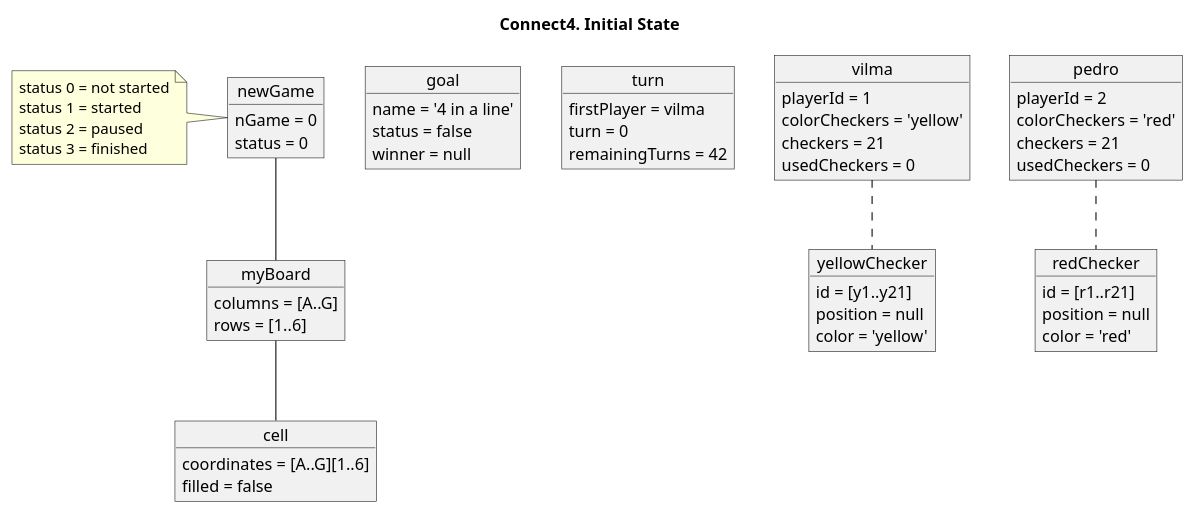
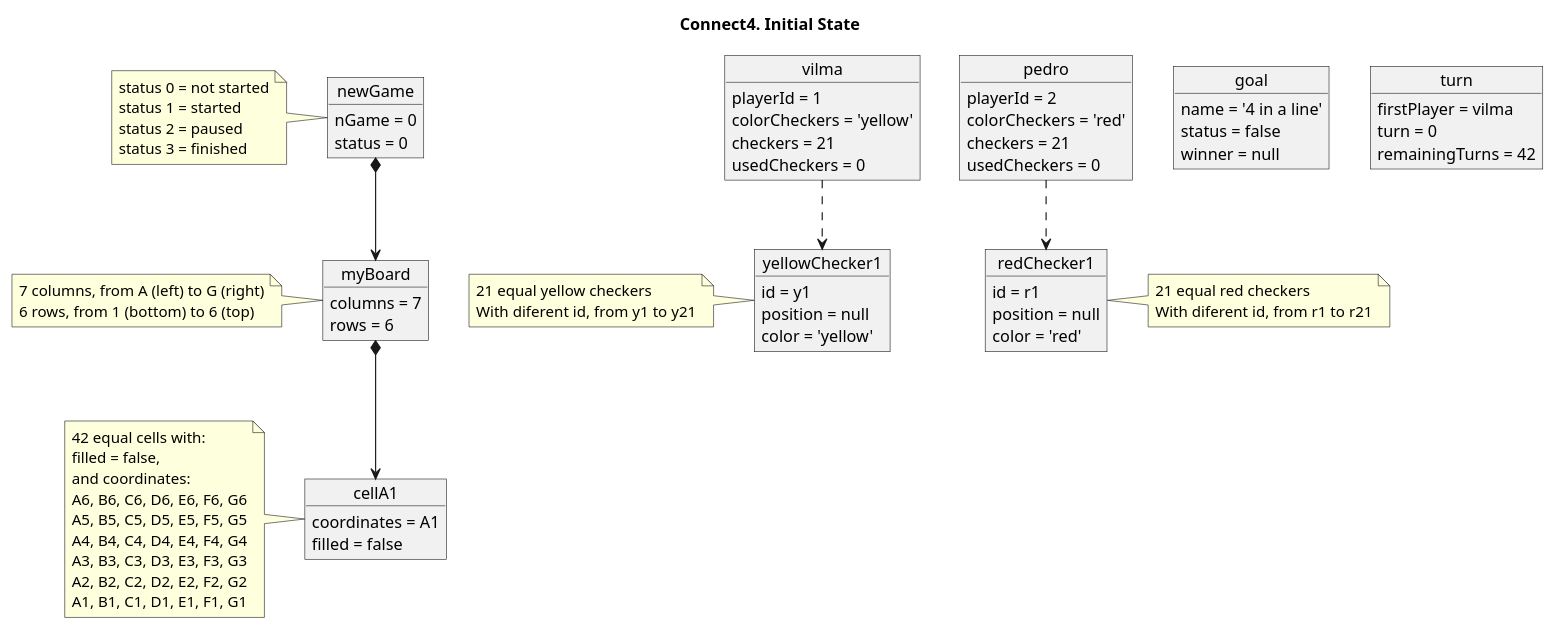
The diagram in tech-plantuml/game-connect4/docs/connect4--initial-state.puml (USantaTecla-ed-mpds/lab-boole), drawn with PlantUML before and after one commit. The commit also changed 1 other file, not shown here.

Commit message:
Update Connect4 UML diagram. Initial and final states

```diff
--- a/tech-plantuml/game-connect4/docs/connect4--initial-state.puml
+++ b/tech-plantuml/game-connect4/docs/connect4--initial-state.puml
@@ -1,84 +1,111 @@
 @startuml connect4--initial-state
 
 
 title Connect4. Initial State
 
 object newGame
 note left of newGame
     status 0 = not started
     status 1 = started
     status 2 = paused
     status 3 = finished
 end note
 
 object goal
 object turn
 object myBoard
-object cell
+object cellA1
 object vilma
 object pedro
-object redChecker
-object yellowChecker
+object redChecker1
+object yellowChecker1
 
 
 object newGame {
     nGame = 0
     status = 0
 }
 
 object goal {
     name = '4 in a line'
     status = false
     winner = null
 }
 
 object turn {
     firstPlayer = vilma
     turn = 0
     remainingTurns = 42
 }
 
 object myBoard {
-    columns = [A..G]
-    rows = [1..6]
+    columns = 7
+    rows = 6
 }
 
-object cell {
-    coordinates = [A..G][1..6]
+note left of myBoard
+    7 columns, from A (left) to G (right)
+    6 rows, from 1 (bottom) to 6 (top)
+end note
+
+object cellA1 {
+    coordinates = A1
     filled = false
 }
+
+note left of cellA1
+    42 equal cells with:
+    filled = false,
+    and coordinates:
+    A6, B6, C6, D6, E6, F6, G6
+    A5, B5, C5, D5, E5, F5, G5
+    A4, B4, C4, D4, E4, F4, G4
+    A3, B3, C3, D3, E3, F3, G3
+    A2, B2, C2, D2, E2, F2, G2
+    A1, B1, C1, D1, E1, F1, G1
+end note
 
 object vilma {
     playerId = 1
     colorCheckers = 'yellow'
     checkers = 21
     usedCheckers = 0
 }
 
 object pedro {
     playerId = 2
     colorCheckers = 'red'
     checkers = 21
     usedCheckers = 0
 }
 
-object yellowChecker {
-    id = [y1..y21]
+object yellowChecker1 {
+    id = y1
     position = null
     color = 'yellow'
 }
 
-object redChecker {
-    id = [r1..r21]
+note left of yellowChecker1
+    21 equal yellow checkers
+    With diferent id, from y1 to y21
+end note
+
+object redChecker1 {
+    id = r1
     position = null
     color = 'red'
 }
 
-newGame -- myBoard
-myBoard -- cell
+note right of redChecker1
+    21 equal red checkers
+    With diferent id, from r1 to r21
+end note
 
-vilma .. yellowChecker
-pedro .. redChecker
+newGame *--> myBoard
+myBoard *--> cellA1
+
+vilma ..> yellowChecker1
+pedro ..> redChecker1
 
 
 @enduml
```
